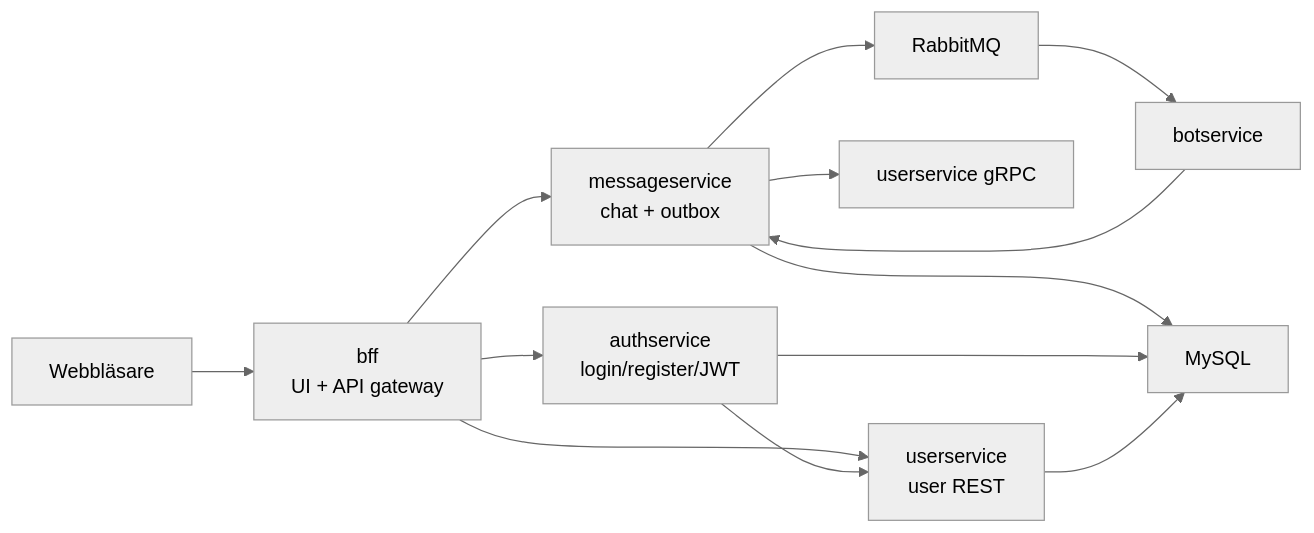
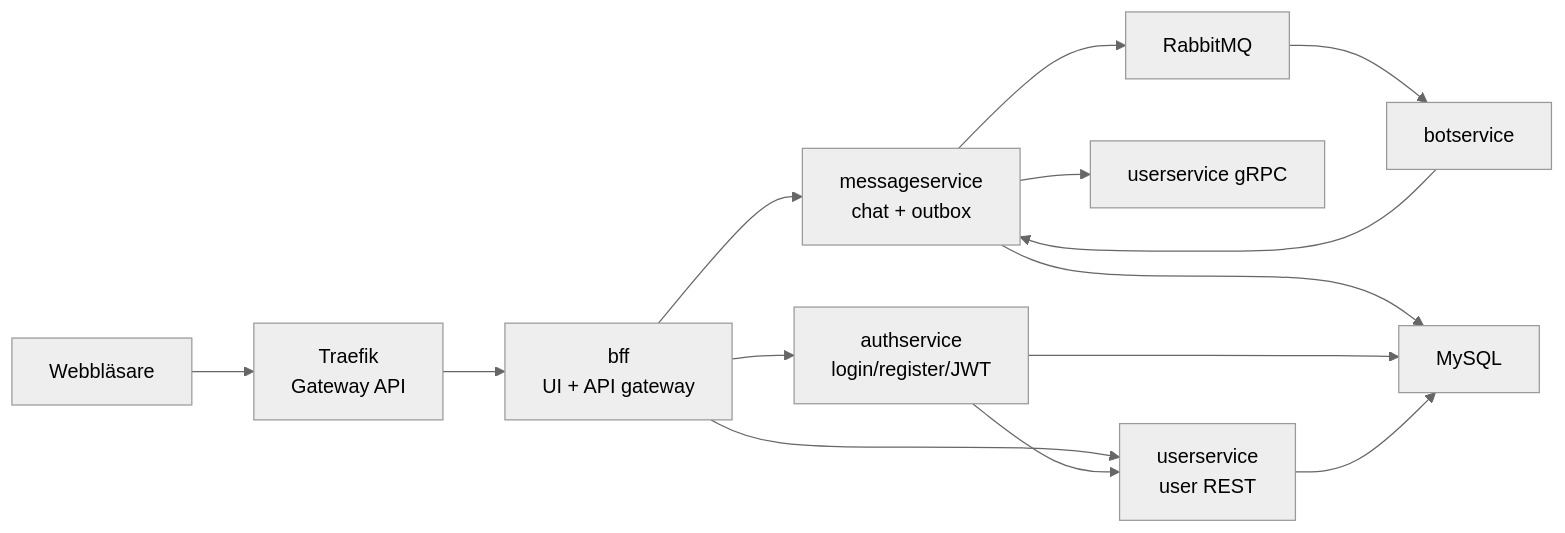
Before and after one commit to MartinStenhagen/Labb2-microservices: the diagram in README.md, drawn with Mermaid (neutral theme). The commit also changed other lines of this file and 3 other files, not shown here.

Commit message:
Added support for traefik/Gateway API

````diff
--- a/README.md
+++ b/README.md
@@ -57,15 +57,16 @@
 ```mermaid
 flowchart LR
-    Browser["Webbläsare"] --> BFF["bff<br/>UI + API gateway"]
+    Browser["Webbläsare"] --> Traefik["Traefik<br/>Gateway API"]
+    Traefik --> BFF["bff<br/>UI + API gateway"]
     BFF --> Auth["authservice<br/>login/register/JWT"]
     BFF --> Messages["messageservice<br/>chat + outbox"]
     BFF --> Users["userservice<br/>user REST"]
     Auth --> Users
     Messages --> UsersGrpc["userservice gRPC"]
     Messages --> MySQL["MySQL"]
     Auth --> MySQL
     Users --> MySQL
     Messages --> Rabbit["RabbitMQ"]
     Rabbit --> Bot["botservice"]
     Bot --> Messages
 ```
````
